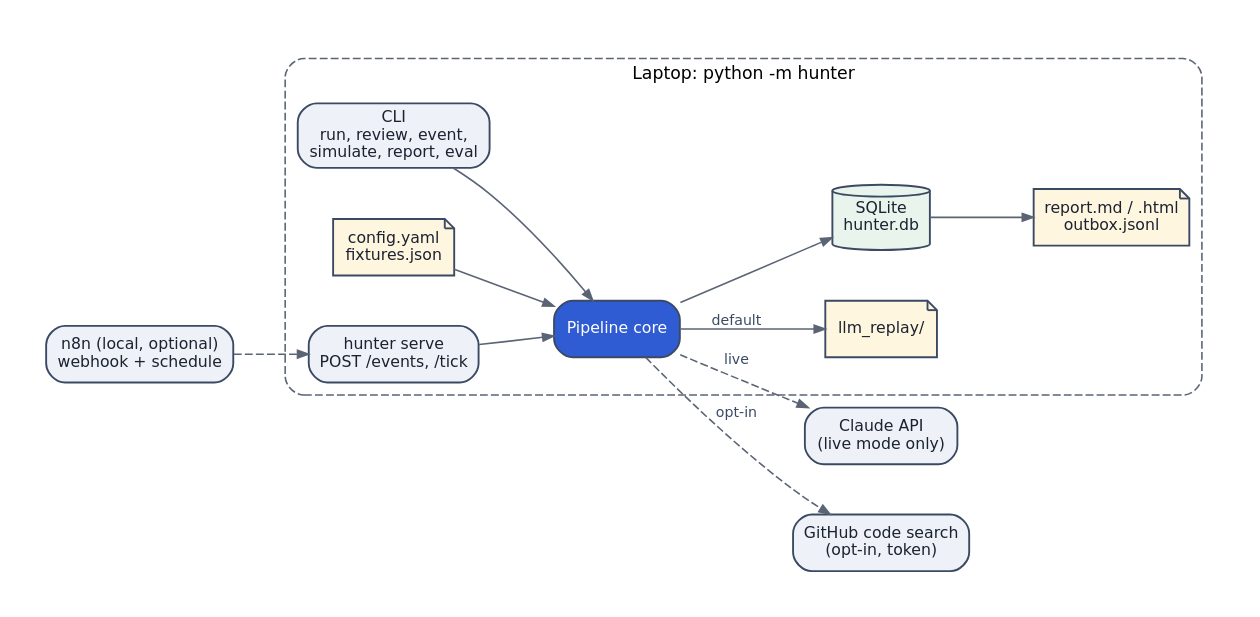
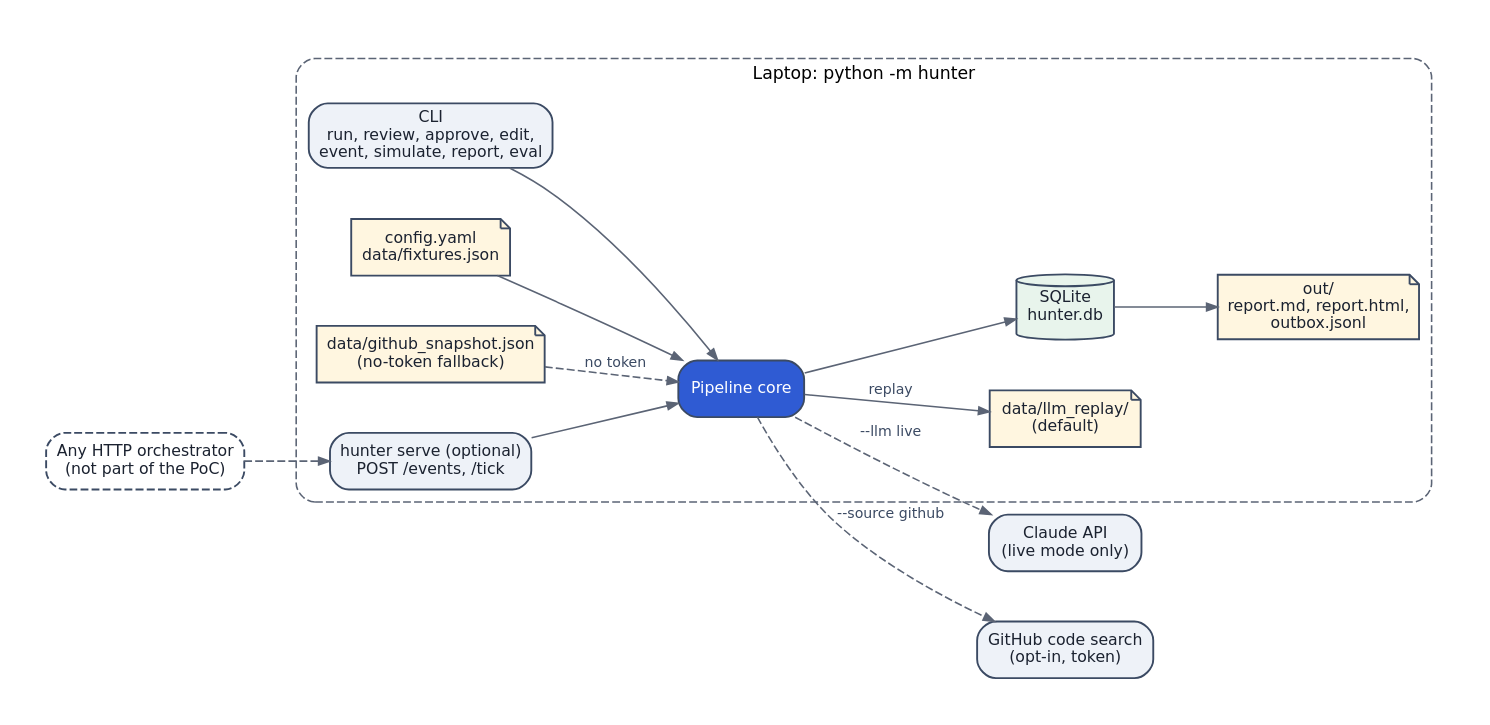
One commit to OzShwartz/Scylla-Hunter-POC changed the diagram in docs/diagrams/infra_poc.dot. Above: the diagram before and after it, drawn with Graphviz. The commit also changed 5 other files, not shown here.

First line of the commit message:
Step 1: replace infra_poc, message_lifecycle, erd diagrams

```diff
--- a/docs/diagrams/infra_poc.dot
+++ b/docs/diagrams/infra_poc.dot
@@ -1,13 +1,16 @@
-digraph G { rankdir=LR;   graph [fontname="DejaVu Sans", fontsize=11, bgcolor="white", pad=0.3, nodesep=0.45, ranksep=0.55];
+digraph G { rankdir=LR; graph [fontname="DejaVu Sans", fontsize=11, bgcolor="white", pad=0.3, nodesep=0.45, ranksep=0.55];
   node  [fontname="DejaVu Sans", fontsize=10, color="#3b4a63", fontcolor="#1b2230", penwidth=1.2];
   edge  [fontname="DejaVu Sans", fontsize=9, color="#5b6475", fontcolor="#3b4a63", arrowsize=0.7]; compound=true;
   node [shape=box, style="rounded,filled", fillcolor="#eef2f8"];
   subgraph cluster_l { label="Laptop: python -m hunter"; style="rounded,dashed"; color="#5b6475";
-    CLI [label="CLI\nrun, review, event,\nsimulate, report, eval"]; CORE [label="Pipeline core", fillcolor="#2f5bd3", fontcolor="white"];
-    CFG [shape=note, fillcolor="#fff6e0", label="config.yaml\nfixtures.json"]; REP [shape=note, fillcolor="#fff6e0", label="llm_replay/"];
-    DB [shape=cylinder, fillcolor="#e8f4ec", label="SQLite\nhunter.db"]; OUT [shape=note, fillcolor="#fff6e0", label="report.md / .html\noutbox.jsonl"];
-    API [label="hunter serve\nPOST /events, /tick"]; }
-  N8N [label="n8n (local, optional)\nwebhook + schedule"]; CL [label="Claude API\n(live mode only)"]; GH [label="GitHub code search\n(opt-in, token)"];
-  CLI -> CORE; CFG -> CORE; CORE -> REP [label="default"]; CORE -> CL [style=dashed, label="live"]; CORE -> GH [style=dashed, label="opt-in"];
-  CORE -> DB; DB -> OUT; N8N -> API [style=dashed]; API -> CORE;
+    CLI [label="CLI\nrun, review, approve, edit,\nevent, simulate, report, eval"]; CORE [label="Pipeline core", fillcolor="#2f5bd3", fontcolor="white"];
+    CFG [shape=note, fillcolor="#fff6e0", label="config.yaml\ndata/fixtures.json"]; REP [shape=note, fillcolor="#fff6e0", label="data/llm_replay/\n(default)"];
+    SNAP [shape=note, fillcolor="#fff6e0", label="data/github_snapshot.json\n(no-token fallback)"];
+    DB [shape=cylinder, fillcolor="#e8f4ec", label="SQLite\nhunter.db"]; OUT [shape=note, fillcolor="#fff6e0", label="out/\nreport.md, report.html,\noutbox.jsonl"];
+    API [label="hunter serve (optional)\nPOST /events, /tick"]; }
+  CL [label="Claude API\n(live mode only)"]; GH [label="GitHub code search\n(opt-in, token)"];
+  ORCH [label="Any HTTP orchestrator\n(not part of the PoC)", style="rounded,dashed", fillcolor="white"];
+  CLI -> CORE; CFG -> CORE; CORE -> REP [label="replay"]; CORE -> CL [style=dashed, label="--llm live"];
+  CORE -> GH [style=dashed, label="--source github"]; SNAP -> CORE [style=dashed, label="no token"];
+  CORE -> DB; DB -> OUT; ORCH -> API [style=dashed]; API -> CORE;
 }
```
